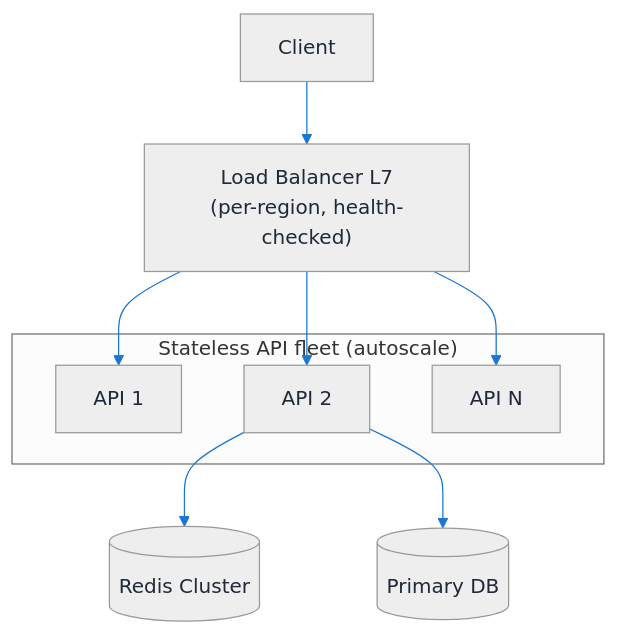
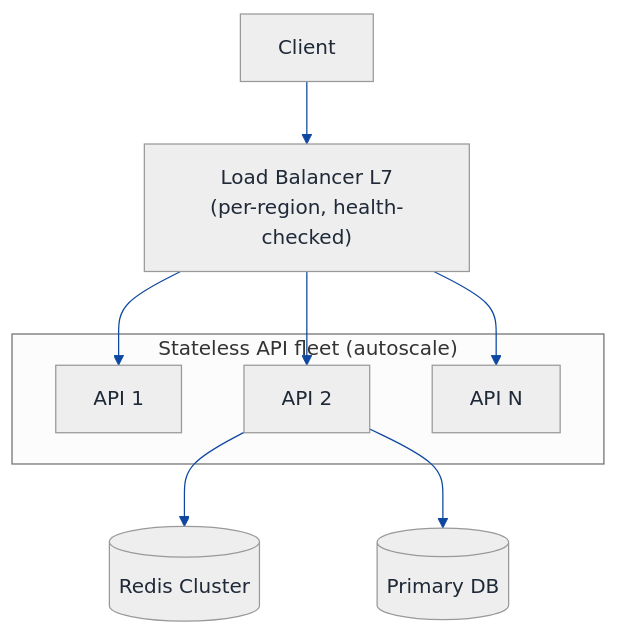
The fourth of 9 diagrams in HLD/Topics/URL_Shortener/URL_Shortener_Design.md (Prateek-5/question-bank), drawn with Mermaid before and after one commit. The commit also changed other lines of this file and 3 other files, not shown here.

Commit message:
Minor updated in the diagram

````diff
--- a/HLD/Topics/URL_Shortener/URL_Shortener_Design.md
+++ b/HLD/Topics/URL_Shortener/URL_Shortener_Design.md
@@ -496,58 +538,72 @@
 ```mermaid
 ---
 config:
   theme: neutral
   themeVariables:
     background: '#ffffff'
     primaryColor: '#cfe2ff'
     primaryTextColor: '#1f2937'
     primaryBorderColor: '#084298'
     secondaryColor: '#fff3cd'
     secondaryTextColor: '#1f2937'
     secondaryBorderColor: '#664d03'
     tertiaryColor: '#d1e7dd'
     tertiaryTextColor: '#1f2937'
     tertiaryBorderColor: '#0a3622'
-    lineColor: '#1976d2'
+    lineColor: '#0d47a1'
     textColor: '#1f2937'
     noteBkgColor: '#fff3cd'
     noteTextColor: '#1f2937'
     noteBorderColor: '#997404'
     actorBkg: '#cfe2ff'
     actorBorder: '#084298'
     actorTextColor: '#1f2937'
-    signalColor: '#1976d2'
+    signalColor: '#0d47a1'
     signalTextColor: '#1f2937'
     labelBoxBkgColor: '#ffffff'
     labelBoxBorderColor: '#d3d3d3'
     labelTextColor: '#1f2937'
     edgeLabelBackground: '#ffffff'
     labelBackground: '#ffffff'
     classText: '#1f2937'
     fontFamily: 'system-ui, -apple-system, Segoe UI, Helvetica, Arial, sans-serif'
   themeCSS: |
     .messageText, .labelText, .sequenceNumber {
       paint-order: stroke fill;
       stroke: #ffffff;
       stroke-width: 5px;
       stroke-linejoin: round;
       stroke-linecap: round;
+    }
+    .edgePath path,
+    .flowchart-link,
+    .messageLine0,
+    .messageLine1,
+    .relation,
+    .composition,
+    .aggregation,
+    .extension,
+    .dependency {
+      stroke-width: 2.5px !important;
+    }
+    marker path {
+      stroke-width: 1.5px !important;
     }
 ---
 flowchart TB
   Client[Client]
   LB["Load Balancer L7<br/>(per-region, health-checked)"]
   subgraph fleet["Stateless API fleet (autoscale)"]
     A1[API 1]
     A2[API 2]
     A3[API N]
   end
   Redis[("Redis Cluster")]
   DB[("Primary DB")]
   Client --> LB
   LB --> A1
   LB --> A2
   LB --> A3
   A2 --> Redis
   A2 --> DB
 ```
````
